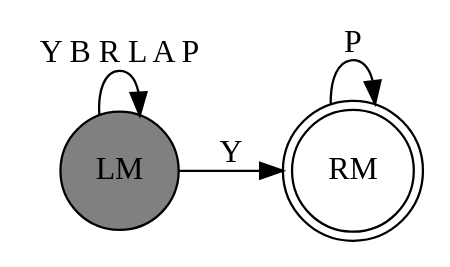
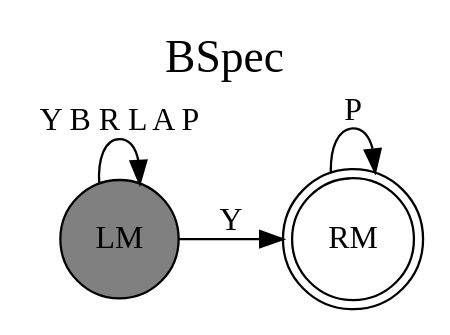
One commit to civl-verifier/civl-dev changed the diagram in YSA/B.dot. Above: the diagram before and after it, drawn with Graphviz. The commit also changed 9 other files, not shown here.

```diff
--- a/YSA/B.dot
+++ b/YSA/B.dot
@@ -1,8 +1,11 @@
 digraph g {
+label="BSpec";
+labelloc=top;
+fontsize=20;
 rankdir=LR;
 LM[shape=circle, style=filled, fillcolor=gray];
 RM[shape=doublecircle];
 LM -> RM [label=Y];
 LM -> LM [label="Y B R L A P"];
 RM -> RM [label=P];
 }
```
